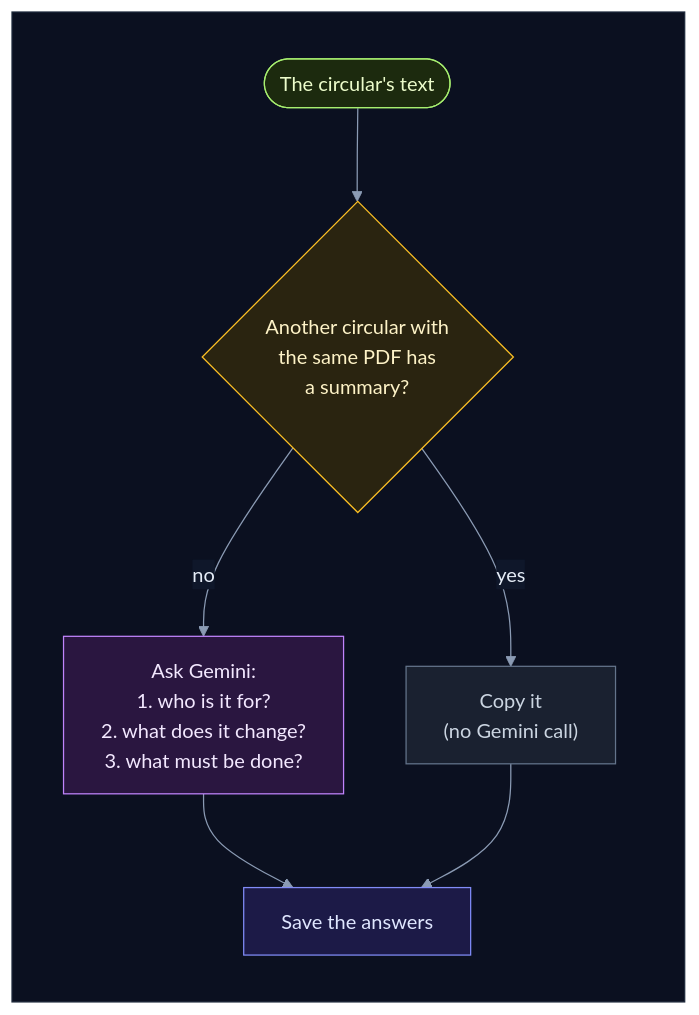
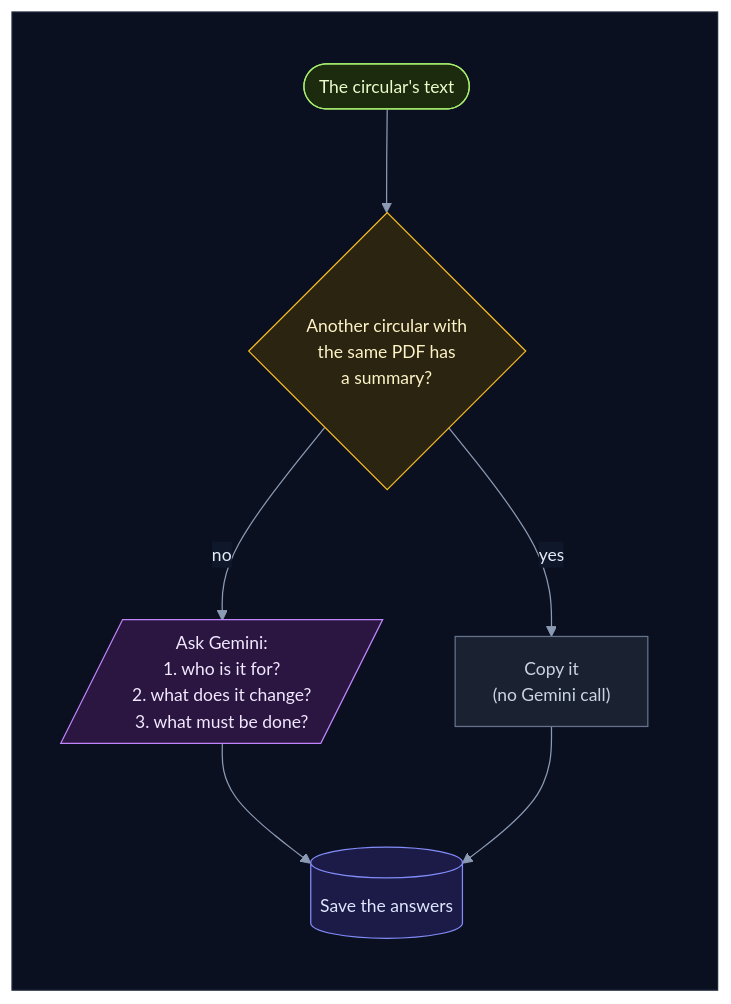
Diagram 12 of 45 in backend/worker/INTERNALS.md (selvakumarperumal/Regulatory_Circular_Impact_Agent), drawn with Mermaid before and after one commit. The commit also changed other lines of this file and 5 other files, not shown here.

Commit message:
Give the docs' flowcharts a shape per kind of part, more room and slightly smaller text

````diff
--- a/backend/worker/INTERNALS.md
+++ b/backend/worker/INTERNALS.md
@@ -713,28 +713,28 @@
 ```mermaid
-%%{init: {"theme": "base", "flowchart": {"diagramPadding": 0}, "themeVariables": {"darkMode": true, "primaryColor": "#16213a", "primaryTextColor": "#e6edf7", "primaryBorderColor": "#475a7a", "lineColor": "#8b9bb4", "secondaryColor": "#1b2436", "tertiaryColor": "#101a2e", "edgeLabelBackground": "#0f172a", "textColor": "#e2e8f0", "clusterBkg": "#0f1728", "clusterBorder": "#2b3a55", "titleColor": "#c4b5fd", "nodeTextColor": "#e6edf7"}}}%%
+%%{init: {"theme": "base", "flowchart": {"diagramPadding": 0, "nodeSpacing": 58, "rankSpacing": 58, "curve": "basis"}, "themeVariables": {"fontSize": "14px", "darkMode": true, "primaryColor": "#16213a", "primaryTextColor": "#e6edf7", "primaryBorderColor": "#475a7a", "lineColor": "#8b9bb4", "secondaryColor": "#1b2436", "tertiaryColor": "#101a2e", "edgeLabelBackground": "#0f172a", "textColor": "#e2e8f0", "clusterBkg": "#0f1728", "clusterBorder": "#2b3a55", "titleColor": "#c4b5fd", "nodeTextColor": "#e6edf7"}}}%%
 flowchart TD
     subgraph canvas[" "]
         direction TB
         t(["The circular's text"]) --> tw{"Another circular with<br/>the same PDF has<br/>a summary?"}
         tw -->|"yes"| cp["Copy it<br/>(no Gemini call)"]
-        tw -->|"no"| g["Ask Gemini:<br/>1. who is it for?<br/>2. what does it change?<br/>3. what must be done?"]
-        g --> s["Save the answers"]
+        tw -->|"no"| g[/"Ask Gemini:<br/>1. who is it for?<br/>2. what does it change?<br/>3. what must be done?"/]
+        g --> s[("Save the answers")]
         cp --> s
     end
     classDef svc fill:#0e2a2c,stroke:#2dd4bf,color:#ccfbf1
     classDef data fill:#1c1a47,stroke:#818cf8,color:#e0e7ff
     classDef ext fill:#2a1640,stroke:#c084fc,color:#f3e8ff
     classDef gpu fill:#2d1b0c,stroke:#fb923c,color:#ffedd5
     classDef ask fill:#2a2410,stroke:#fbbf24,color:#fef3c7
     classDef ok fill:#0b2a1c,stroke:#34d399,color:#d1fae5
     classDef bad fill:#2e0f17,stroke:#fb7185,color:#ffe4e6
     classDef start fill:#1c2a0e,stroke:#a7ef6f,color:#ecfccb
     classDef muted fill:#1a2130,stroke:#64748b,color:#cbd5e1
     classDef queue fill:#0c2231,stroke:#38bdf8,color:#e0f2fe
     class t start
     class tw ask
     class cp muted
     class g ext
     class s data
     style canvas fill:#0b1020,stroke:#1e293b,color:#0b1020
 ```
````
